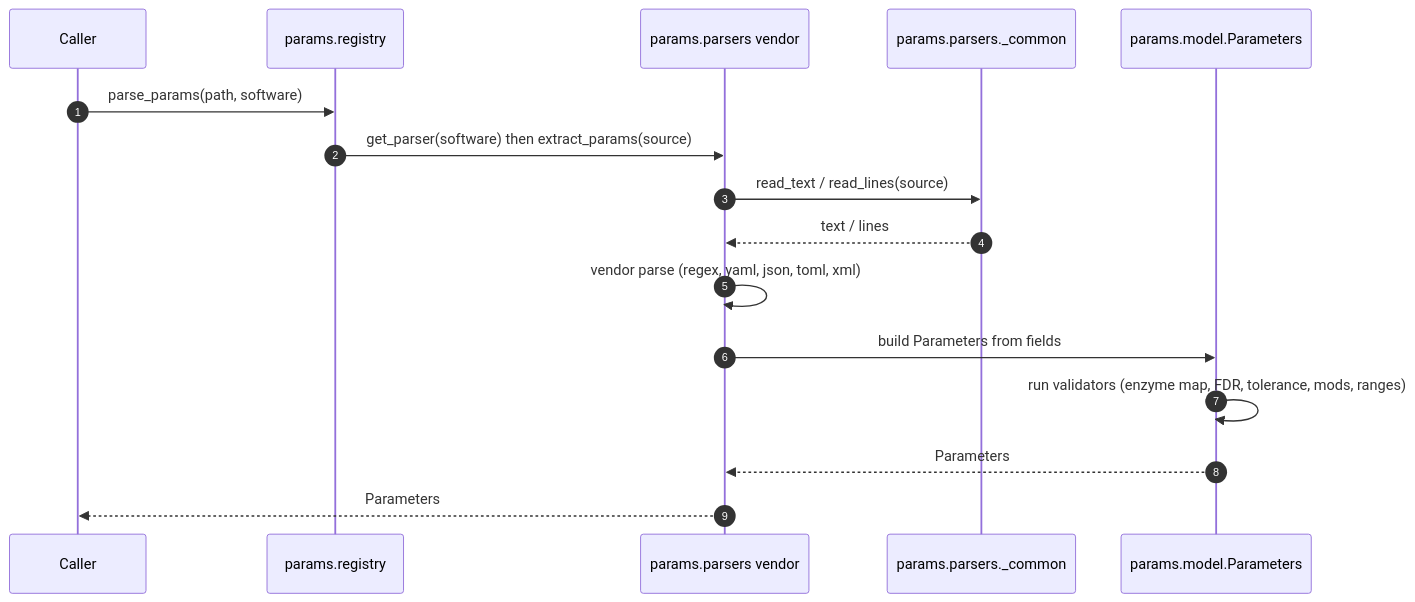
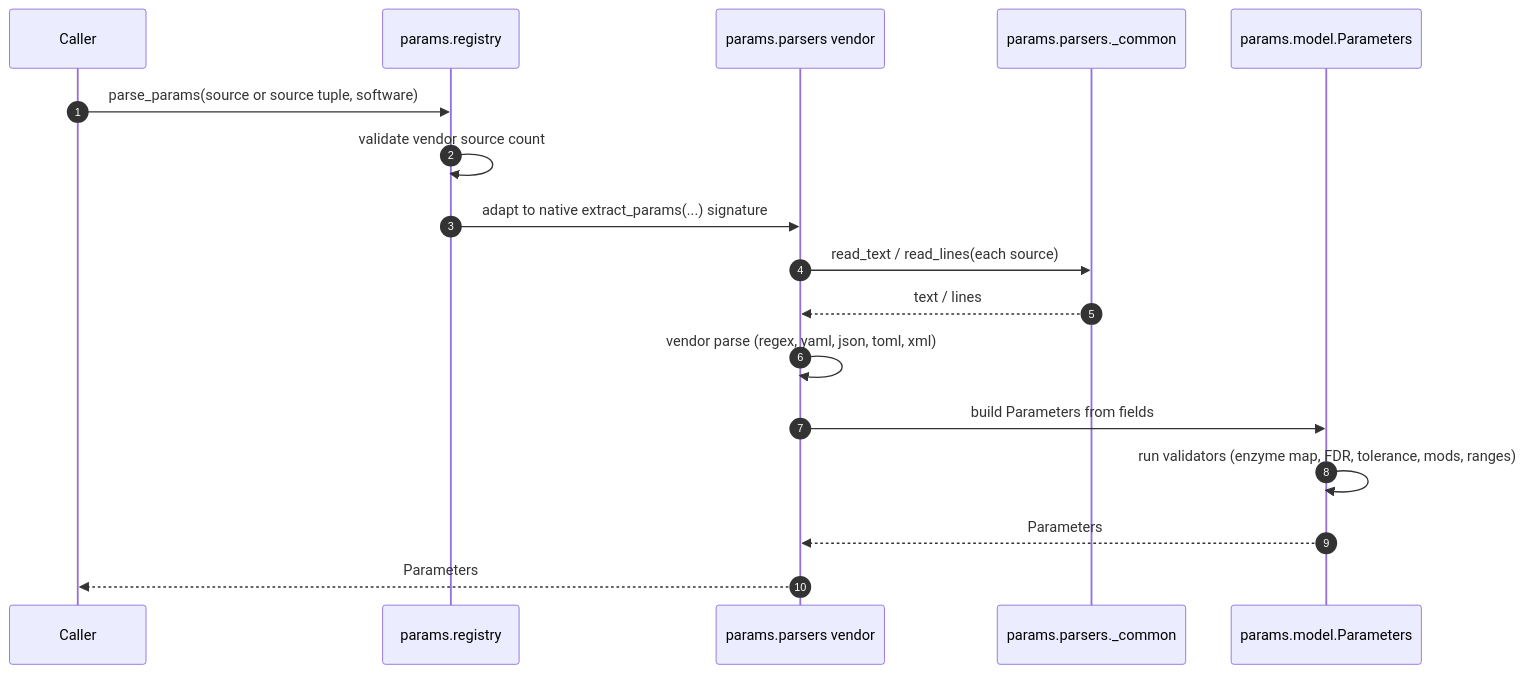
Before and after one commit to anndata-omics-bridge/anndata-proteomics-bridge: the seventh of 8 diagrams in docs/parsing_architecture.md, drawn with Mermaid. The commit also changed other lines of this file and 81 other files, not shown here.

````diff
--- a/docs/parsing_architecture.md
+++ b/docs/parsing_architecture.md
@@ -343,19 +352,20 @@
 ```mermaid
 sequenceDiagram
     autonumber
     participant Caller
     participant Reg as params.registry
     participant V as params.parsers vendor
     participant Common as params.parsers._common
     participant Model as params.model.Parameters
 
-    Caller->>Reg: parse_params(path, software)
-    Reg->>V: get_parser(software) then extract_params(source)
-    V->>Common: read_text / read_lines(source)
+    Caller->>Reg: parse_params(source or source tuple, software)
+    Reg->>Reg: validate vendor source count
+    Reg->>V: adapt to native extract_params(...) signature
+    V->>Common: read_text / read_lines(each source)
     Common-->>V: text / lines
     V->>V: vendor parse (regex, yaml, json, toml, xml)
     V->>Model: build Parameters from fields
     Model->>Model: run validators (enzyme map, FDR, tolerance, mods, ranges)
     Model-->>V: Parameters
     V-->>Caller: Parameters
 ```
````
